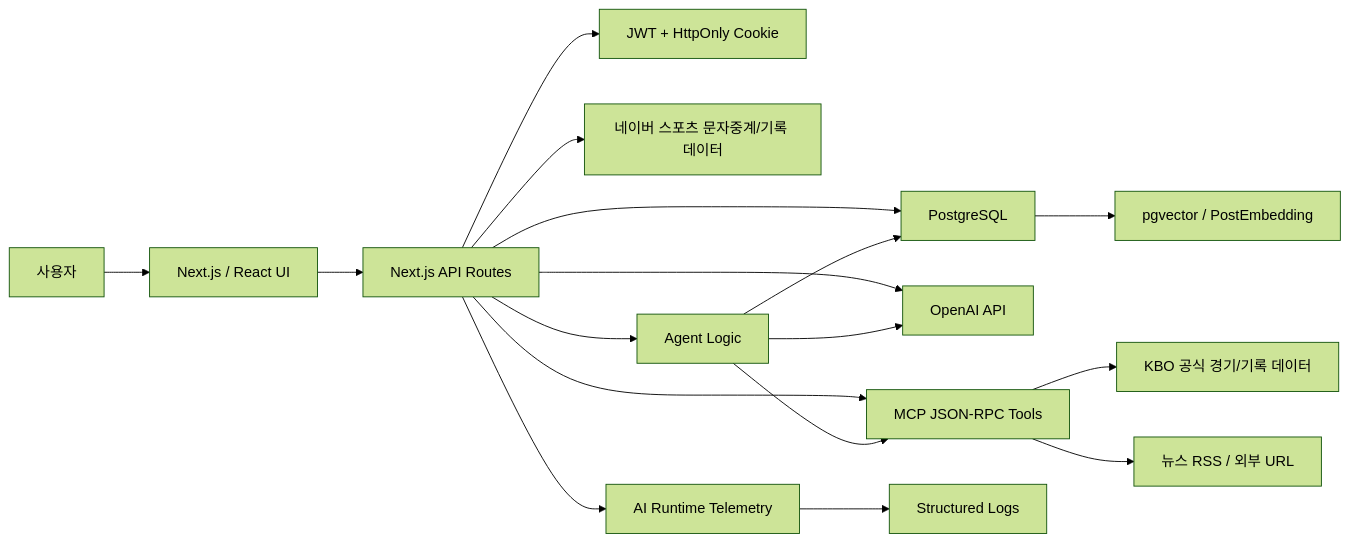
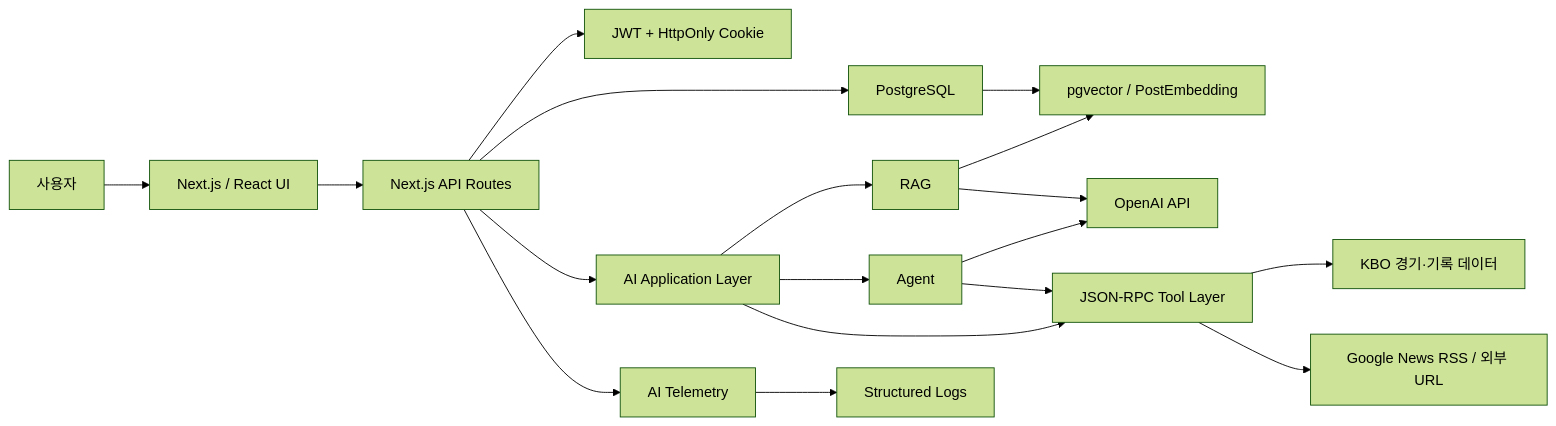
Before and after one commit to kominsuk1064/jungle-ai-board: the diagram in README.md, drawn with Mermaid (forest theme). The commit also changed other lines of this file, not shown here.

````diff
--- a/README.md
+++ b/README.md
@@ -94,19 +83,24 @@
-```mermaid
+~~~mermaid
 flowchart LR
     User["사용자"] --> UI["Next.js / React UI"]
     UI --> API["Next.js API Routes"]
+
     API --> Auth["JWT + HttpOnly Cookie"]
     API --> DB["PostgreSQL"]
     DB --> Vector["pgvector / PostEmbedding"]
-    API --> OpenAI["OpenAI API"]
-    API --> MCP["MCP JSON-RPC Tools"]
-    MCP --> KBO["KBO 공식 경기/기록 데이터"]
-    MCP --> News["뉴스 RSS / 외부 URL"]
-    API --> Naver["네이버 스포츠 문자중계/기록 데이터"]
-    API --> Telemetry["AI Runtime Telemetry"]
+
+    API --> AI["AI Application Layer"]
+    AI --> RAG["RAG"]
+    AI --> Agent["Agent"]
+    AI --> Tools["JSON-RPC Tool Layer"]
+
+    RAG --> Vector
+    RAG --> OpenAI["OpenAI API"]
+    Agent --> OpenAI
+    Agent --> Tools
+    Tools --> KBO["KBO 경기·기록 데이터"]
+    Tools --> News["Google News RSS / 외부 URL"]
+
+    API --> Telemetry["AI Telemetry"]
     Telemetry --> Logs["Structured Logs"]
-    API --> Agent["Agent Logic"]
-    Agent --> DB
-    Agent --> OpenAI
-    Agent --> MCP
-```
+~~~
````
